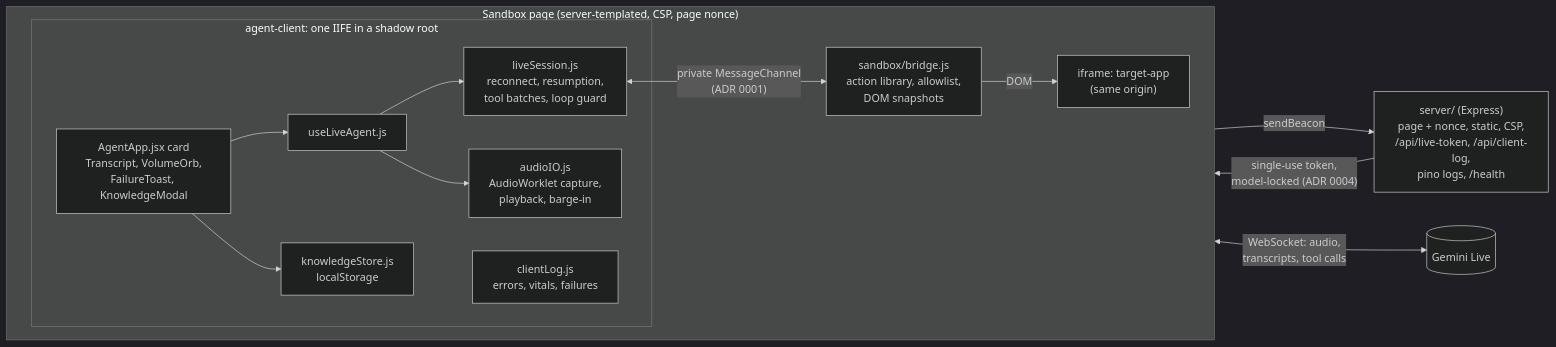
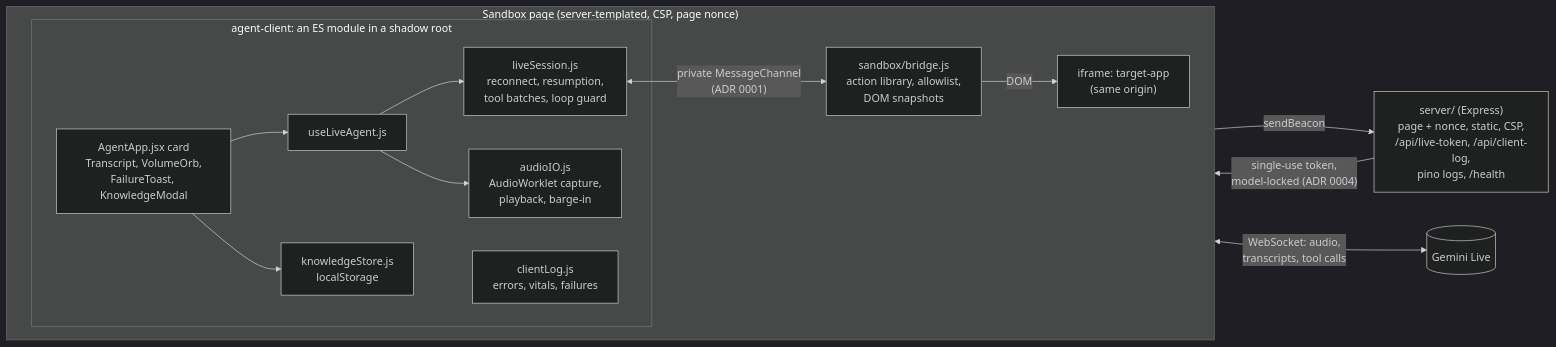
The diagram in README.md (jovstern/ai-presenter-agent), drawn with Mermaid (dark theme) before and after one commit. The commit also changed other lines of this file and 22 other files, not shown here.

````diff
--- a/README.md
+++ b/README.md
@@ -49,22 +50,22 @@
 ```mermaid
 flowchart LR
   subgraph Page["Sandbox page (server-templated, CSP, page nonce)"]
     direction LR
-    subgraph Shadow["agent-client: one IIFE in a shadow root"]
+    subgraph Shadow["agent-client: an ES module in a shadow root"]
       Card["AgentApp.jsx card<br/>Transcript, VolumeOrb,<br/>FailureToast, KnowledgeModal"] --> Hook["useLiveAgent.js"]
       Hook --> LS["liveSession.js<br/>reconnect, resumption,<br/>tool batches, loop guard"]
       Hook --> AIO["audioIO.js<br/>AudioWorklet capture,<br/>playback, barge-in"]
       Card --> KS["knowledgeStore.js<br/>localStorage"]
       CL["clientLog.js<br/>errors, vitals, failures"]
     end
     Bridge["sandbox/bridge.js<br/>action library, allowlist,<br/>DOM snapshots"]
     Target["iframe: target-app<br/>(same origin)"]
     LS <-->|"private MessageChannel<br/>(ADR 0001)"| Bridge
     Bridge -->|DOM| Target
   end
   Server["server/ (Express)<br/>page + nonce, static, CSP,<br/>/api/live-token, /api/client-log,<br/>pino logs, /health"]
   Gemini[("Gemini Live")]
   Server -->|"single-use token,<br/>model-locked (ADR 0004)"| LS
   CL -->|sendBeacon| Server
   LS <-->|"WebSocket: audio,<br/>transcripts, tool calls"| Gemini
 ```
````
